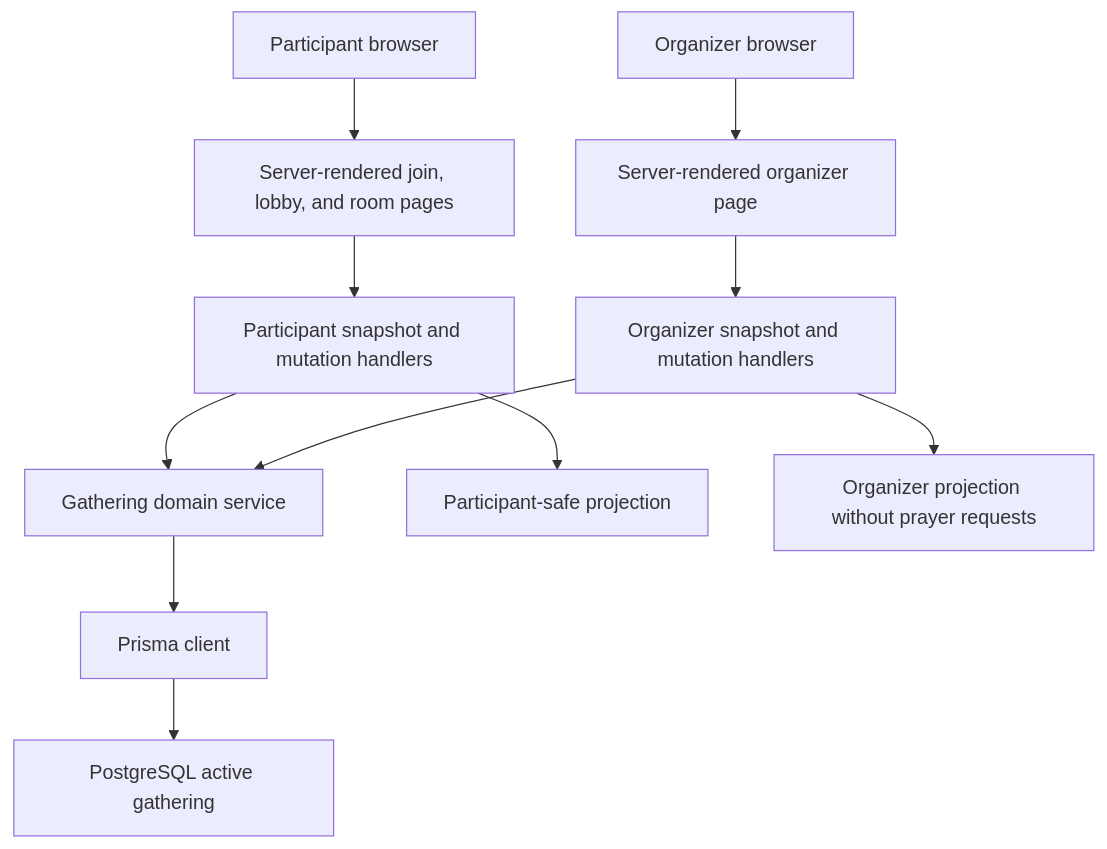
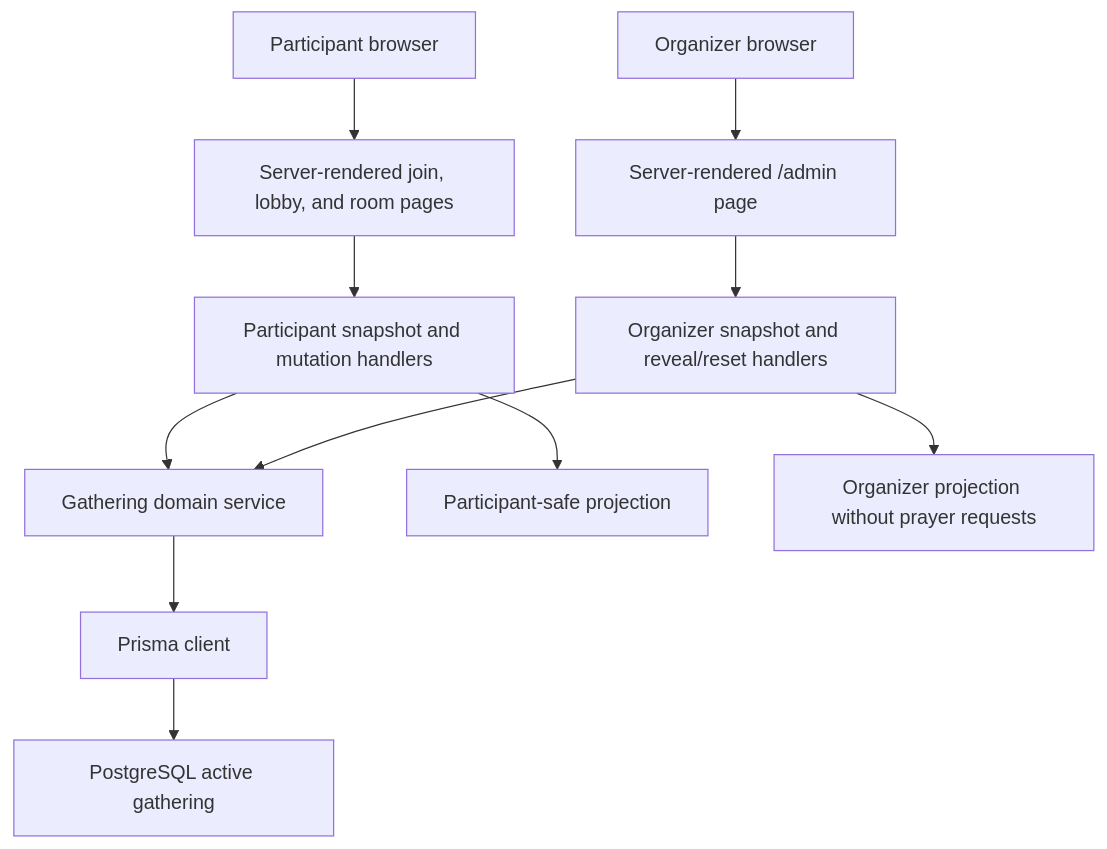
The second of 3 diagrams in docs/plans/2026-07-25-001-feat-participant-room-handoff-plan.md (JesusFilm/dop), drawn with Mermaid before and after one commit. The commit also changed other lines of this file and 17 other files, not shown here.

````diff
--- a/docs/plans/2026-07-25-001-feat-participant-room-handoff-plan.md
+++ b/docs/plans/2026-07-25-001-feat-participant-room-handoff-plan.md
@@ -291,13 +300,13 @@
 ```mermaid
 flowchart TB
   Participant["Participant browser"] --> ParticipantPages["Server-rendered join, lobby, and room pages"]
-  Organizer["Organizer browser"] --> OrganizerPage["Server-rendered organizer page"]
+  Organizer["Organizer browser"] --> OrganizerPage["Server-rendered /admin page"]
   ParticipantPages --> ParticipantAPI["Participant snapshot and mutation handlers"]
-  OrganizerPage --> OrganizerAPI["Organizer snapshot and mutation handlers"]
+  OrganizerPage --> OrganizerAPI["Organizer snapshot and reveal/reset handlers"]
   ParticipantAPI --> Domain["Gathering domain service"]
   OrganizerAPI --> Domain
   Domain --> Prisma["Prisma client"]
   Prisma --> Postgres["PostgreSQL active gathering"]
   ParticipantAPI --> ParticipantProjection["Participant-safe projection"]
   OrganizerAPI --> OrganizerProjection["Organizer projection without prayer requests"]
 ```
````
